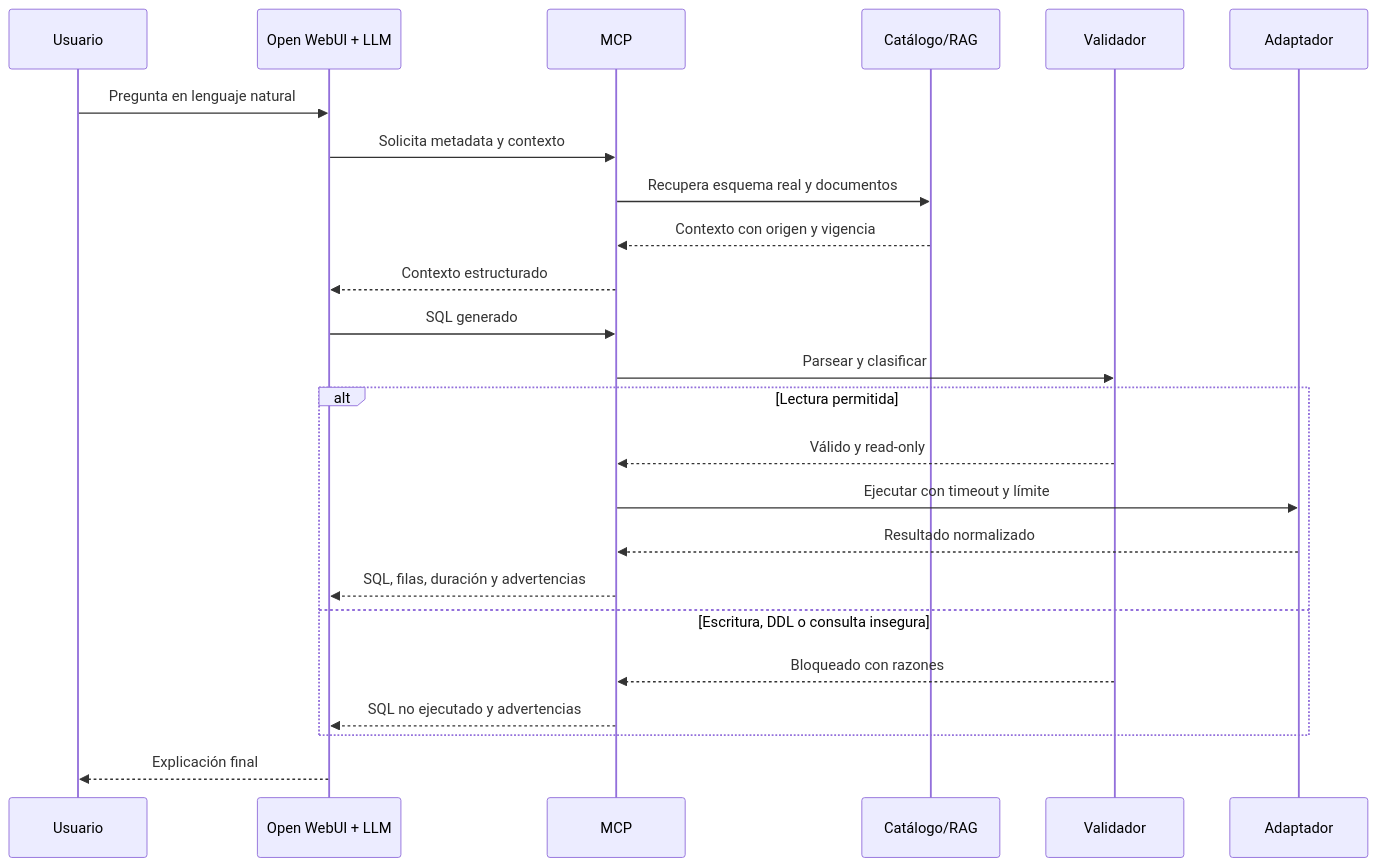
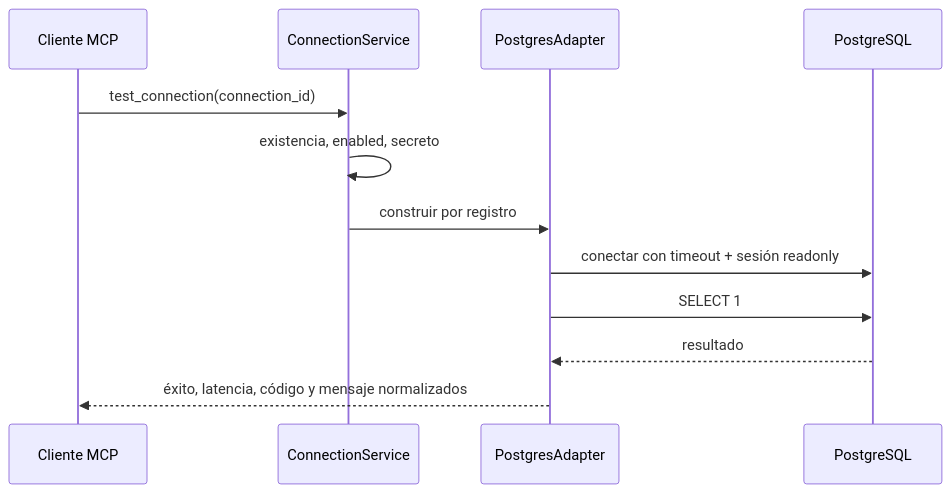
Before and after one commit to 1franky/data-analits-MCP: the third of 3 diagrams in docs/architecture.md, drawn with Mermaid. The commit also changed other lines of this file and 46 other files, not shown here.

Commit message:
feat: implement sprint 1 PostgreSQL connections

````diff
--- a/docs/architecture.md
+++ b/docs/architecture.md
@@ -87,27 +65,14 @@
 ```mermaid
 sequenceDiagram
-    participant U as Usuario
-    participant W as Open WebUI + LLM
-    participant M as MCP
-    participant C as Catálogo/RAG
-    participant V as Validador
-    participant A as Adaptador
-
-    U->>W: Pregunta en lenguaje natural
-    W->>M: Solicita metadata y contexto
-    M->>C: Recupera esquema real y documentos
-    C-->>M: Contexto con origen y vigencia
-    M-->>W: Contexto estructurado
-    W->>M: SQL generado
-    M->>V: Parsear y clasificar
-    alt Lectura permitida
-        V-->>M: Válido y read-only
-        M->>A: Ejecutar con timeout y límite
-        A-->>M: Resultado normalizado
-        M-->>W: SQL, filas, duración y advertencias
-    else Escritura, DDL o consulta insegura
-        V-->>M: Bloqueado con razones
-        M-->>W: SQL no ejecutado y advertencias
-    end
-    W-->>U: Explicación final
+    participant C as Cliente MCP
+    participant S as ConnectionService
+    participant A as PostgresAdapter
+    participant P as PostgreSQL
+    C->>S: test_connection(connection_id)
+    S->>S: existencia, enabled, secreto
+    S->>A: construir por registro
+    A->>P: conectar con timeout + sesión readonly
+    A->>P: SELECT 1
+    P-->>A: resultado
+    A-->>C: éxito, latencia, código y mensaje normalizados
 ```
````
